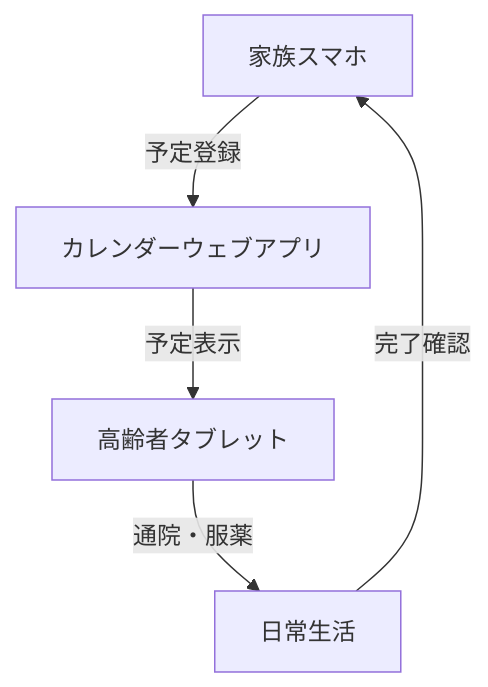
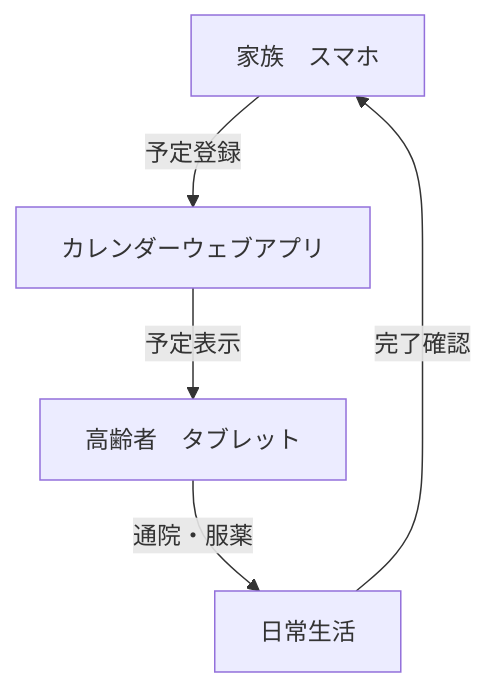
The diagram in storyboard.md (yuhri-072/DB-), drawn with Mermaid before and after one commit.

Commit message:
Add storyboard diagram

````diff
--- a/storyboard.md
+++ b/storyboard.md
@@ -1,7 +1,7 @@
 ```mermaid
 graph TD
-A[家族スマホ] --> |予定登録| B[カレンダーウェブアプリ]
-B -->|予定表示| C[高齢者タブレット]
+A[家族　スマホ] --> |予定登録| B[カレンダーウェブアプリ]
+B -->|予定表示| C[高齢者　タブレット]
 C -->|通院・服薬| D[日常生活]
 D -->|完了確認| A
 ```
````
